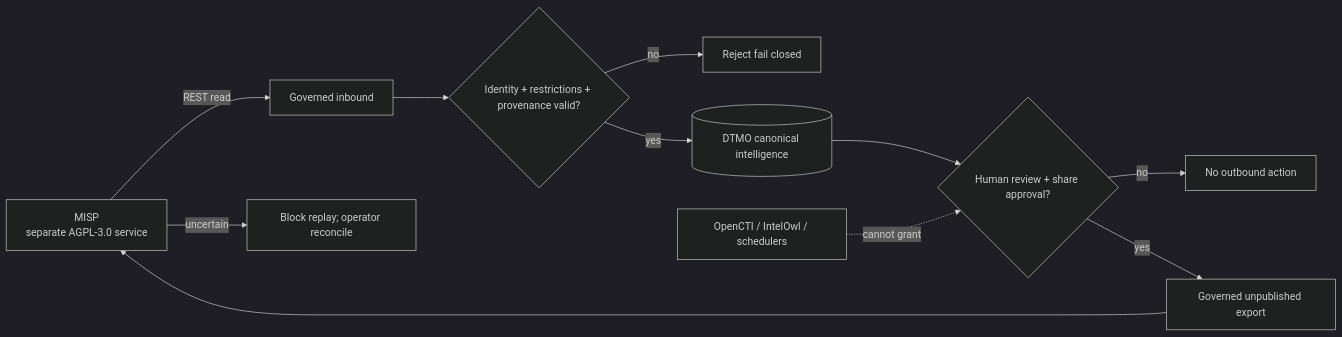
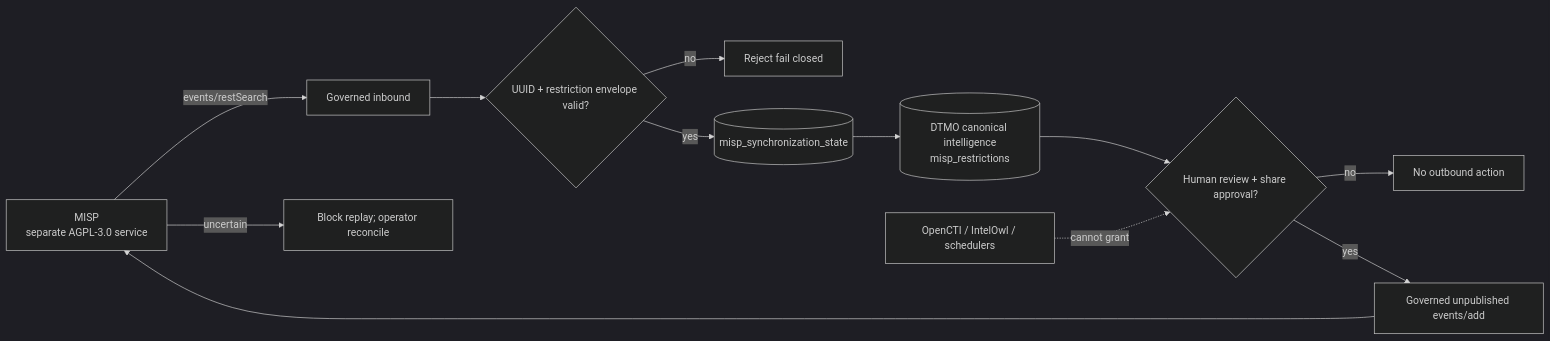
The diagram in docs/README.md (GJvManen/dtmo), drawn with Mermaid (dark theme) before and after one commit. The commit also changed other lines of this file, not shown here.

Commit message:
Document active Phase 11.5 MISP state implementation in portal

````diff
--- a/docs/README.md
+++ b/docs/README.md
@@ -55,13 +57,14 @@
 ```mermaid
 flowchart LR
-    M[MISP\nseparate AGPL-3.0 service] -->|REST read| R[Governed inbound]
-    R --> V{Identity + restrictions + provenance valid?}
+    M[MISP\nseparate AGPL-3.0 service] -->|events/restSearch| R[Governed inbound]
+    R --> V{UUID + restriction envelope valid?}
     V -->|no| X[Reject fail closed]
-    V -->|yes| D[(DTMO canonical intelligence)]
+    V -->|yes| S[(misp_synchronization_state)]
+    S --> D[(DTMO canonical intelligence\nmisp_restrictions)]
     D --> H{Human review + share approval?}
     H -->|no| N[No outbound action]
-    H -->|yes| E[Governed unpublished export]
+    H -->|yes| E[Governed unpublished events/add]
     E --> M
     M -->|uncertain| U[Block replay; operator reconcile]
     O[OpenCTI / IntelOwl / schedulers] -. cannot grant .-> H
 ```
````
